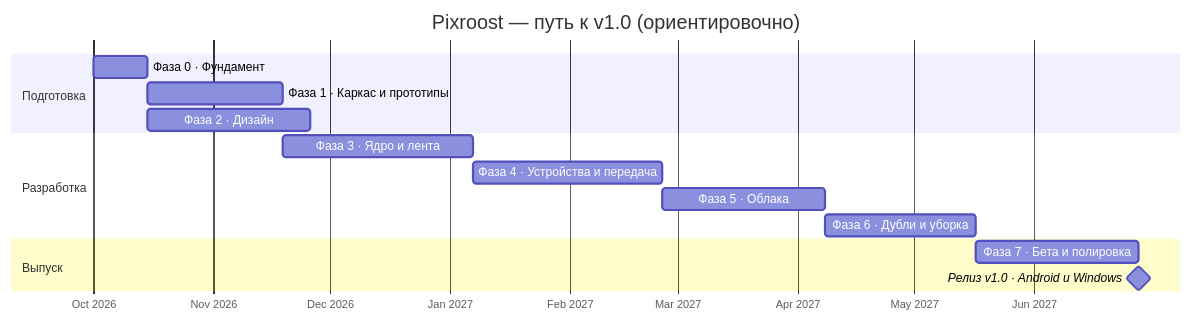
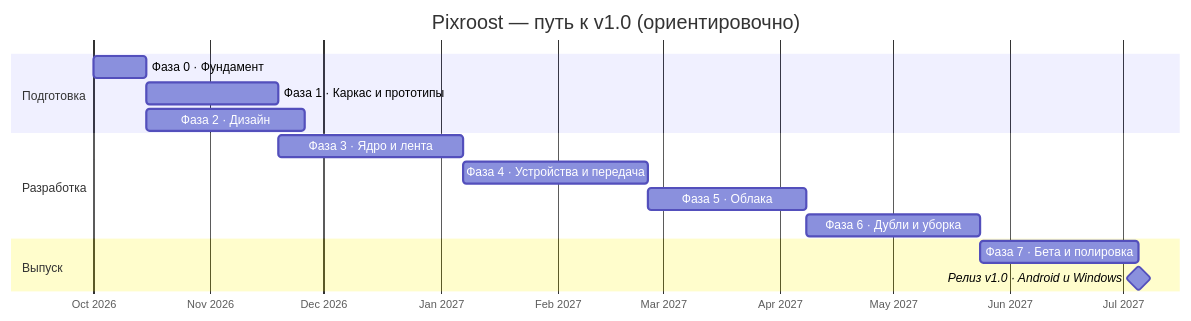
The diagram in docs/roadmap.md (intelbetteramd-sys/pixroost), drawn with Mermaid before and after one commit. The commit also changed other lines of this file and 6 other files, not shown here.

````diff
--- a/docs/roadmap.md
+++ b/docs/roadmap.md
@@ -16,18 +16,18 @@
 ```mermaid
 gantt
   title Pixroost — путь к v1.0 (ориентировочно)
   dateFormat YYYY-MM-DD
   axisFormat %b %Y
   section Подготовка
   Фаза 0 · Фундамент              :p0, 2026-10-01, 14d
   Фаза 1 · Каркас и прототипы     :p1, after p0, 35d
   Фаза 2 · Дизайн                 :p2, after p0, 42d
   section Разработка
   Фаза 3 · Ядро и лента           :p3, after p1, 49d
   Фаза 4 · Устройства и передача  :p4, after p3, 49d
   Фаза 5 · Облака                 :p5, after p4, 42d
-  Фаза 6 · Дубли и уборка         :p6, after p5, 39d
+  Фаза 6 · Дубли и уборка         :p6, after p5, 46d
   section Выпуск
   Фаза 7 · Бета и полировка       :p7, after p6, 42d
   Релиз v1.0 · Android и Windows  :milestone, after p7, 0d
 ```
````
